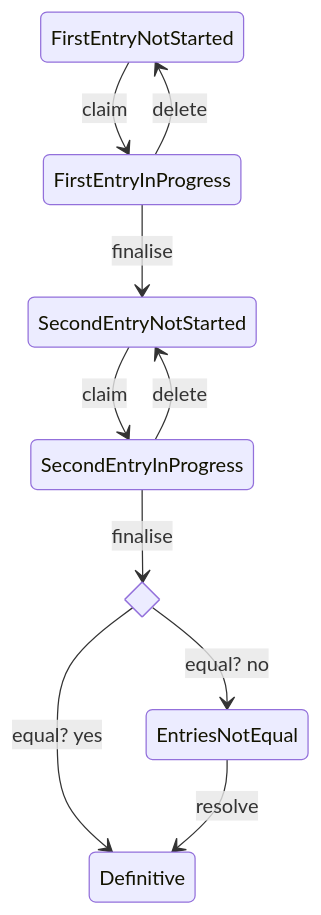
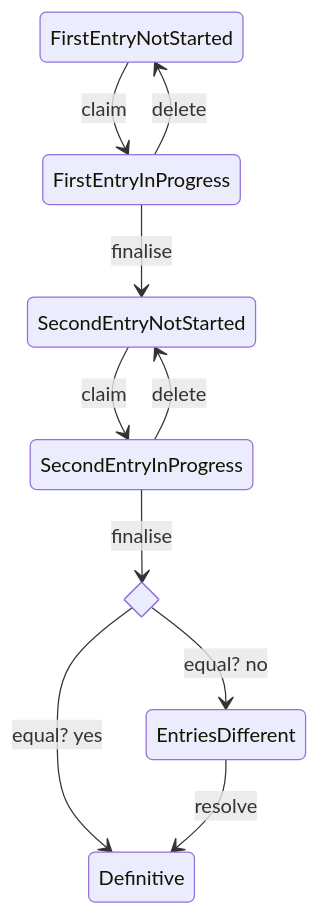
One commit to kiesraad/abacus changed the diagram in documentatie/flowcharts/data-entry-state.md. Above: the diagram before and after it, drawn with Mermaid.

Commit message:
Docs now reflect enum

````diff
--- a/documentatie/flowcharts/data-entry-state.md
+++ b/documentatie/flowcharts/data-entry-state.md
@@ -7,17 +7,17 @@
 ```mermaid
 stateDiagram
 FirstEntryNotStarted --> FirstEntryInProgress: claim
 #FirstEntryInProgress --> FirstEntryInProgress: save
 FirstEntryInProgress --> SecondEntryNotStarted: finalise
 FirstEntryInProgress --> FirstEntryNotStarted: delete
 SecondEntryNotStarted --> SecondEntryInProgress: claim
 #SecondEntryInProgress --> SecondEntryInProgress: save
 state is_equal <<choice>>
 is_equal --> Definitive: equal? yes
-is_equal --> EntriesNotEqual: equal? no
+is_equal --> EntriesDifferent: equal? no
 SecondEntryInProgress --> is_equal: finalise
 SecondEntryInProgress --> SecondEntryNotStarted: delete
-#EntriesNotEqual --> EntriesNotEqual: save
-# Will be Implemented in #130: EntriesNotEqual --> NotStarted: delete
-EntriesNotEqual --> Definitive: resolve
+#EntriesDifferent --> EntriesDifferent: save
+# Will be Implemented in #130: EntriesDifferent --> NotStarted: delete
+EntriesDifferent --> Definitive: resolve
 ```
````
